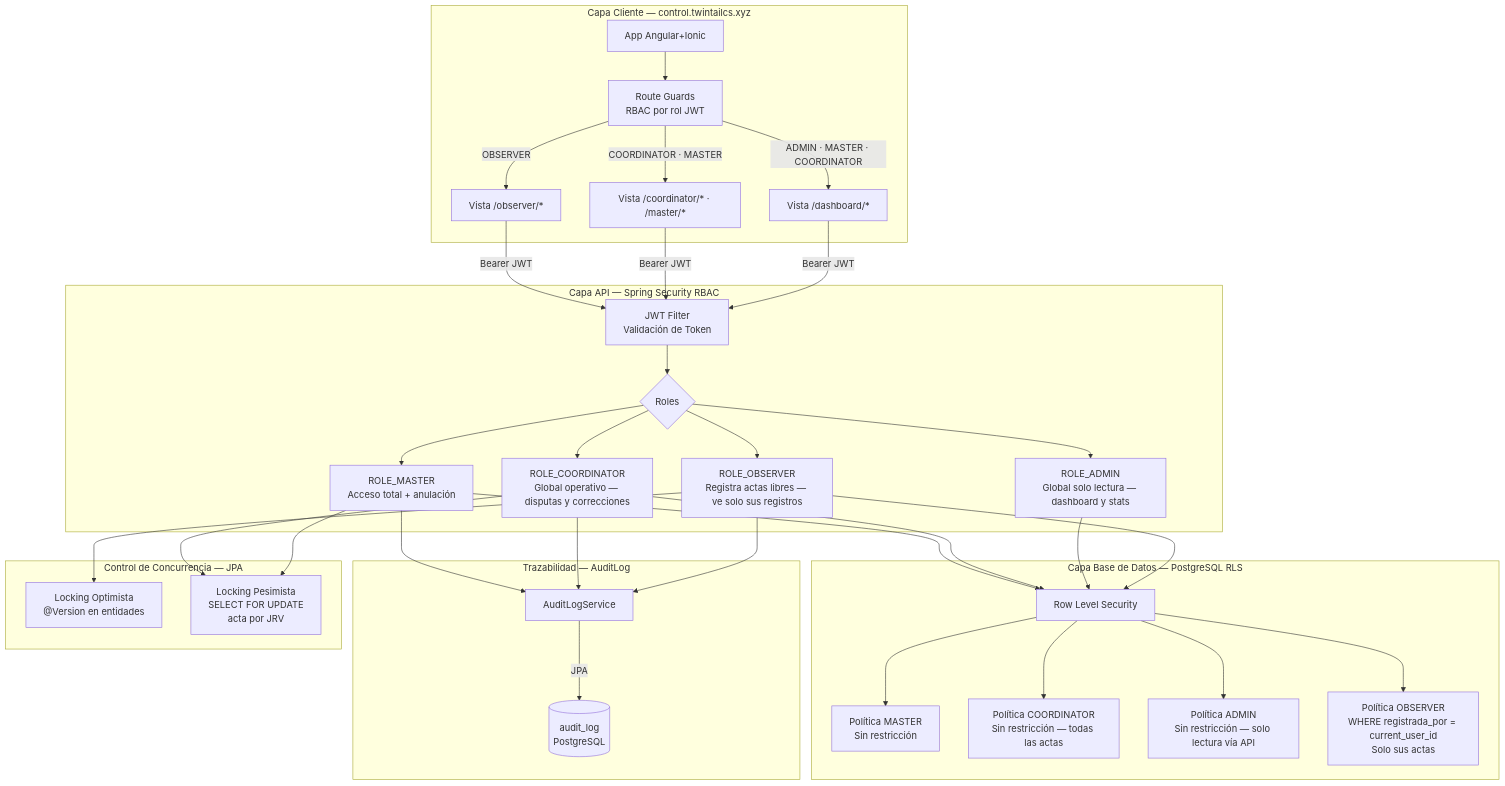
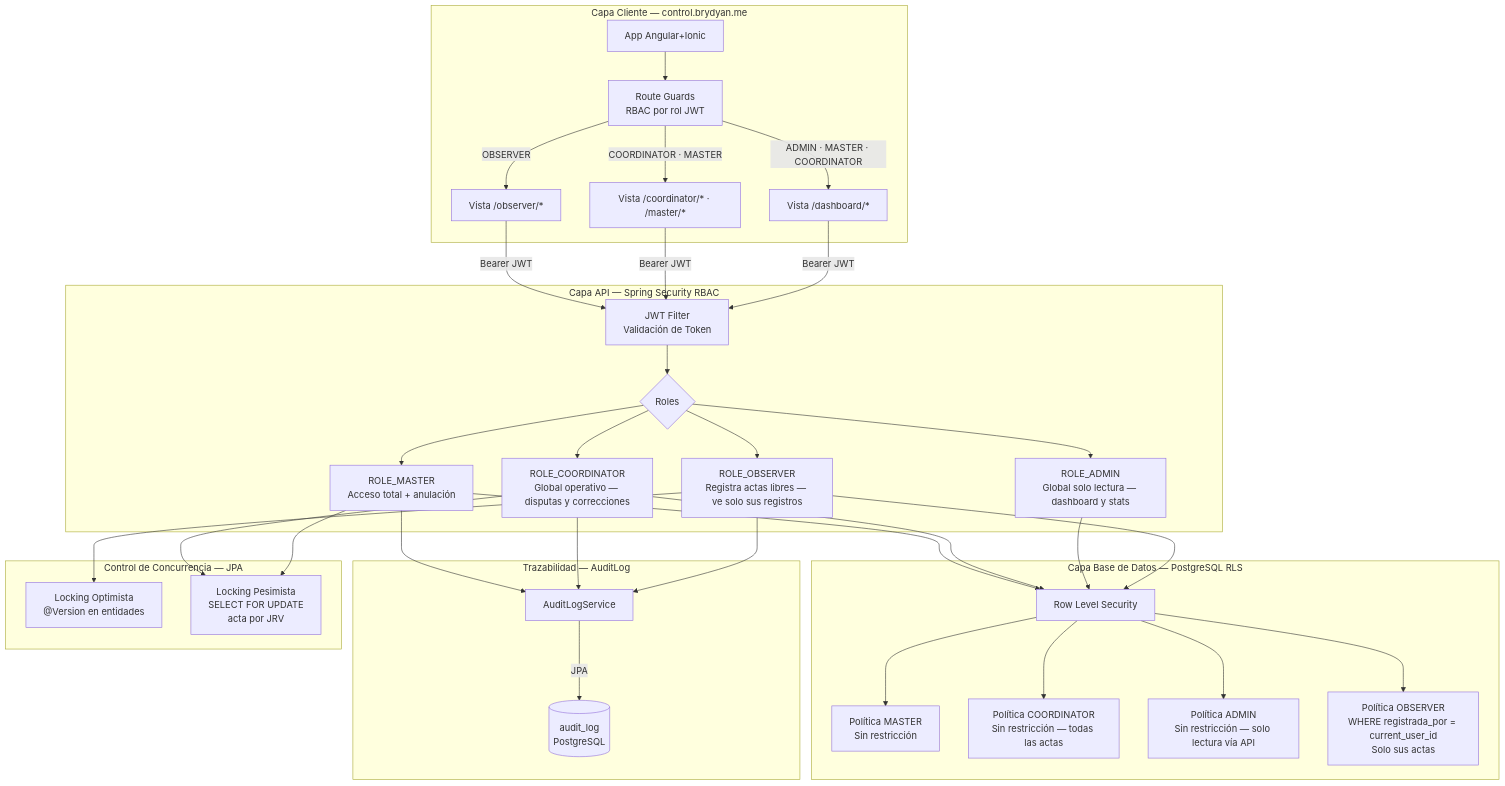
The diagram in documents/diagram/04-security.md (Brydyan/Control-s-Elector), drawn with Mermaid before and after one commit. The commit also changed 6 other files, not shown here.

````diff
--- a/documents/diagram/04-security.md
+++ b/documents/diagram/04-security.md
@@ -5,71 +5,71 @@
 ```mermaid
 graph TD
-    subgraph CLIENT["Capa Cliente — control.twintailcs.xyz"]
+    subgraph CLIENT["Capa Cliente — control.brydyan.me"]
         APP[App Angular+Ionic]
         GUARD[Route Guards<br/>RBAC por rol JWT]
         V_OBS[Vista /observer/*]
         V_COORD[Vista /coordinator/* · /master/*]
         V_DASH[Vista /dashboard/*]
 
         APP --> GUARD
         GUARD -->|OBSERVER| V_OBS
         GUARD -->|COORDINATOR · MASTER| V_COORD
         GUARD -->|ADMIN · MASTER · COORDINATOR| V_DASH
     end
 
     subgraph API_SEC["Capa API — Spring Security RBAC"]
         JWT[JWT Filter<br/>Validación de Token]
         ROLES{Roles}
         R_MASTER[ROLE_MASTER<br/>Acceso total + anulación]
         R_COORD[ROLE_COORDINATOR<br/>Global operativo — disputas y correcciones]
         R_ADMIN[ROLE_ADMIN<br/>Global solo lectura — dashboard y stats]
         R_OBS[ROLE_OBSERVER<br/>Registra actas libres — ve solo sus registros]
 
         JWT --> ROLES
         ROLES --> R_MASTER
         ROLES --> R_COORD
         ROLES --> R_ADMIN
         ROLES --> R_OBS
     end
 
     subgraph DB_SEC["Capa Base de Datos — PostgreSQL RLS"]
         RLS[Row Level Security]
         POL_MASTER[Política MASTER<br/>Sin restricción]
         POL_COORD[Política COORDINATOR<br/>Sin restricción — todas las actas]
         POL_ADMIN[Política ADMIN<br/>Sin restricción — solo lectura vía API]
         POL_OBS[Política OBSERVER<br/>WHERE registrada_por = current_user_id<br/>Solo sus actas]
 
         RLS --> POL_MASTER
         RLS --> POL_COORD
         RLS --> POL_ADMIN
         RLS --> POL_OBS
     end
 
     subgraph AUDIT["Trazabilidad — AuditLog"]
         AUDIT_SVC[AuditLogService]
         AUDIT_TBL[(audit_log<br/>PostgreSQL)]
         AUDIT_SVC -->|JPA| AUDIT_TBL
     end
 
     subgraph CONCURRENCY["Control de Concurrencia — JPA"]
         OPT[Locking Optimista<br/>@Version en entidades]
         PES[Locking Pesimista<br/>SELECT FOR UPDATE<br/>acta por JRV]
     end
 
     V_OBS -->|Bearer JWT| JWT
     V_COORD -->|Bearer JWT| JWT
     V_DASH -->|Bearer JWT| JWT
 
     R_MASTER --> RLS
     R_COORD --> RLS
     R_ADMIN --> RLS
     R_OBS --> RLS
 
     R_OBS --> OPT
     R_COORD --> PES
     R_MASTER --> PES
 
     R_MASTER --> AUDIT_SVC
     R_COORD --> AUDIT_SVC
     R_OBS --> AUDIT_SVC
 ```
````
